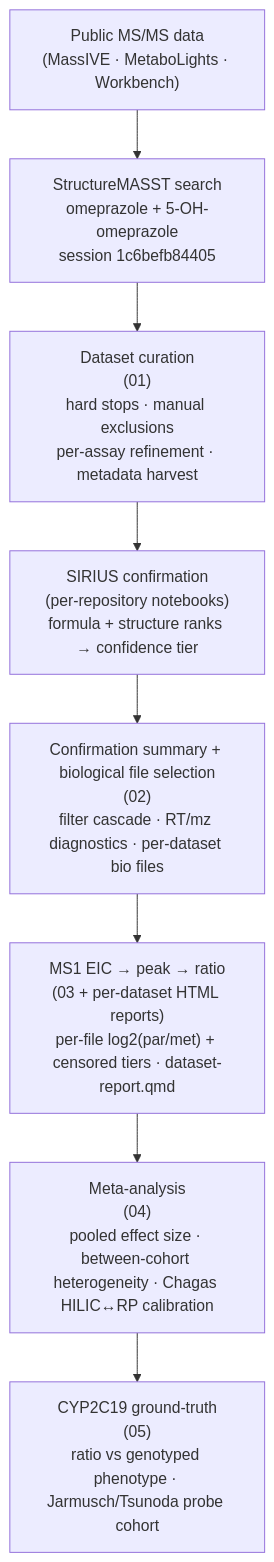
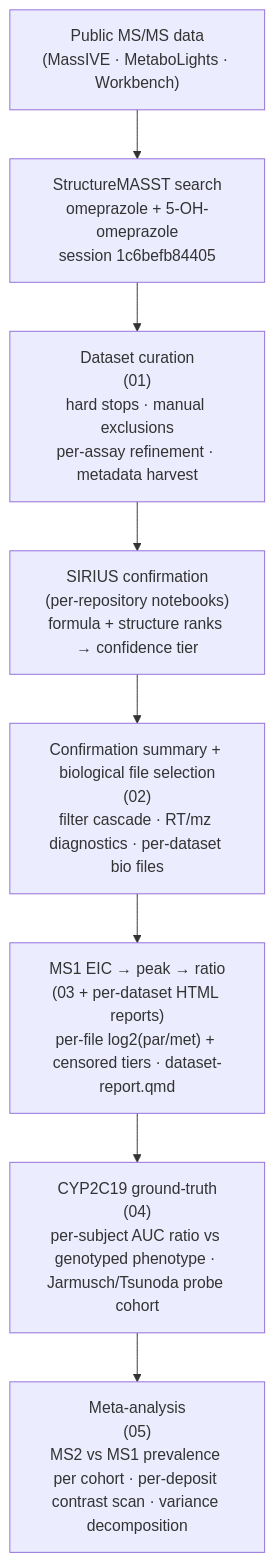
Before and after one commit to philouail/reverse-met: the diagram in README.md, drawn with Mermaid. The commit also changed other lines of this file, not shown here.

````diff
--- a/README.md
+++ b/README.md
@@ -130,11 +130,11 @@
 ```mermaid
 flowchart TD
     A["Public MS/MS data<br>(MassIVE · MetaboLights · Workbench)"] --> B
     B["StructureMASST search<br>omeprazole + 5-OH-omeprazole<br>session 1c6befb84405"] --> C
     C["Dataset curation<br>(01)<br>hard stops · manual exclusions<br>per-assay refinement · metadata harvest"] --> D
     D["SIRIUS confirmation<br>(per-repository notebooks)<br>formula + structure ranks → confidence tier"] --> E
     E["Confirmation summary + biological file selection<br>(02)<br>filter cascade · RT/mz diagnostics · per-dataset bio files"] --> F
     F["MS1 EIC → peak → ratio<br>(03 + per-dataset HTML reports)<br>per-file log2(par/met) + censored tiers · dataset-report.qmd"] --> G
-    G["Meta-analysis<br>(04)<br>pooled effect size · between-cohort heterogeneity · Chagas HILIC↔RP calibration"] --> H
-    H["CYP2C19 ground-truth<br>(05)<br>ratio vs genotyped phenotype · Jarmusch/Tsunoda probe cohort"]
+    G["CYP2C19 ground-truth<br>(04)<br>per-subject AUC ratio vs genotyped phenotype · Jarmusch/Tsunoda probe cohort"] --> H
+    H["Meta-analysis<br>(05)<br>MS2 vs MS1 prevalence per cohort · per-deposit contrast scan · variance decomposition"]
 ```
````
